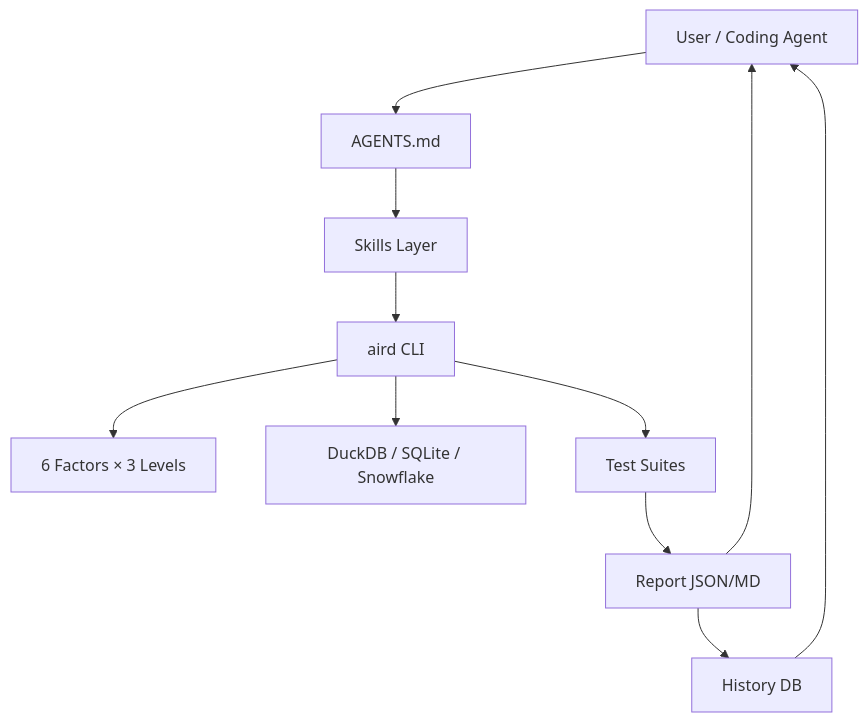
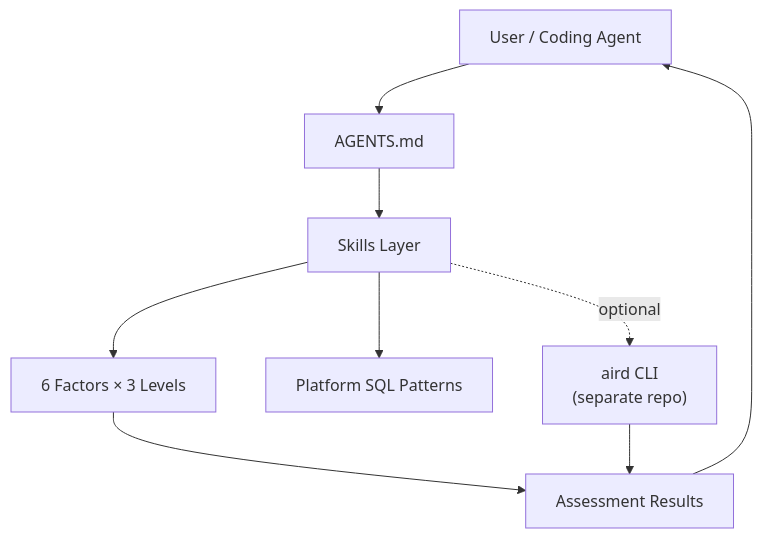
The fourth of 4 diagrams in docs/architecture-system-map.md (ai-ready-data/ai-ready-data-agent), drawn with Mermaid before and after one commit. The commit also changed other lines of this file and 127 other files, not shown here.

````diff
--- a/docs/architecture-system-map.md
+++ b/docs/architecture-system-map.md
@@ -323,23 +152,20 @@
 ```mermaid
 flowchart TB
   User[User / Coding Agent]
   Playbook[AGENTS.md]
   Skills[Skills Layer]
-  CLI[aird CLI]
   Factors[6 Factors × 3 Levels]
-  Platforms[DuckDB / SQLite / Snowflake]
-  Suites[Test Suites]
-  Report[Report JSON/MD]
-  History[History DB]
+  Platforms[Platform SQL Patterns]
+  Report[Assessment Results]
 
   User --> Playbook
   Playbook --> Skills
-  Skills --> CLI
-  CLI --> Factors
-  CLI --> Platforms
-  CLI --> Suites
-  Suites --> Report
-  Report --> History
+  Skills --> Factors
+  Skills --> Platforms
+  Factors --> Report
   Report --> User
-  History --> User
+
+  CLI["aird CLI<br/>(separate repo)"]
+  Skills -.->|optional| CLI
+  CLI --> Report
 ```
````
